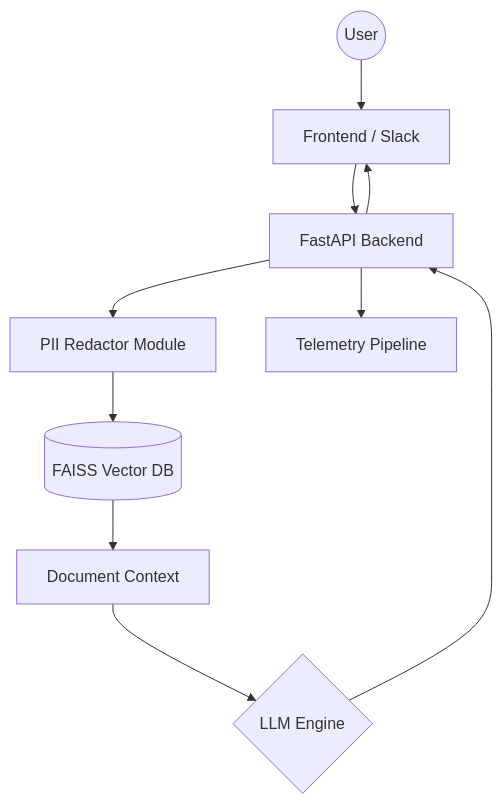
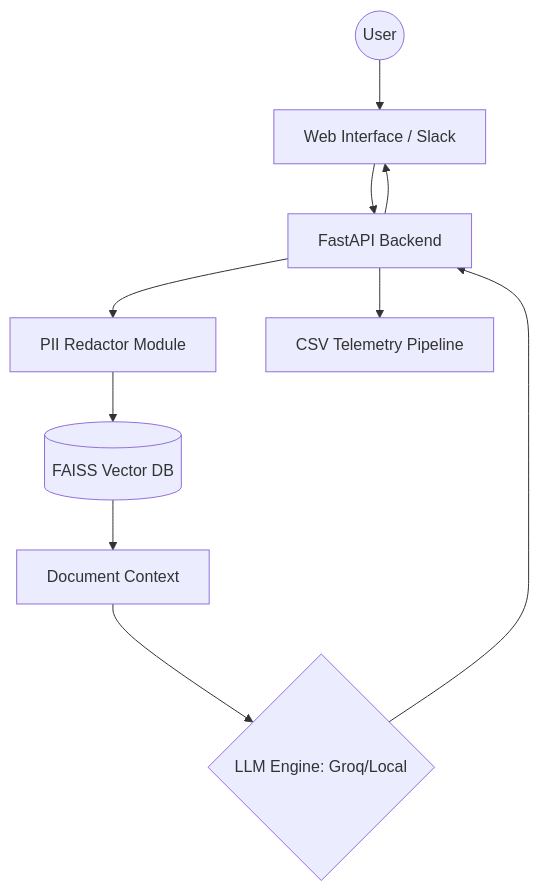
The diagram in docs/architecture.md (Nikolaspc/ai-copilot-adoption), drawn with Mermaid before and after one commit. The commit also changed other lines of this file and 27 other files, not shown here.

````diff
--- a/docs/architecture.md
+++ b/docs/architecture.md
@@ -11,12 +11,12 @@
 ```mermaid
 flowchart TD
-    User((User)) --> UI[Frontend / Slack]
+    User((User)) --> UI[Web Interface / Slack]
     UI --> API[FastAPI Backend]
     API --> Redactor[PII Redactor Module]
     Redactor --> VDB[(FAISS Vector DB)]
     VDB --> Context[Document Context]
-    Context --> LLM{LLM Engine}
+    Context --> LLM{LLM Engine: Groq/Local}
     LLM --> API
-    API --> Metrics[Telemetry Pipeline]
+    API --> Metrics[CSV Telemetry Pipeline]
     API --> UI
 ```
````
